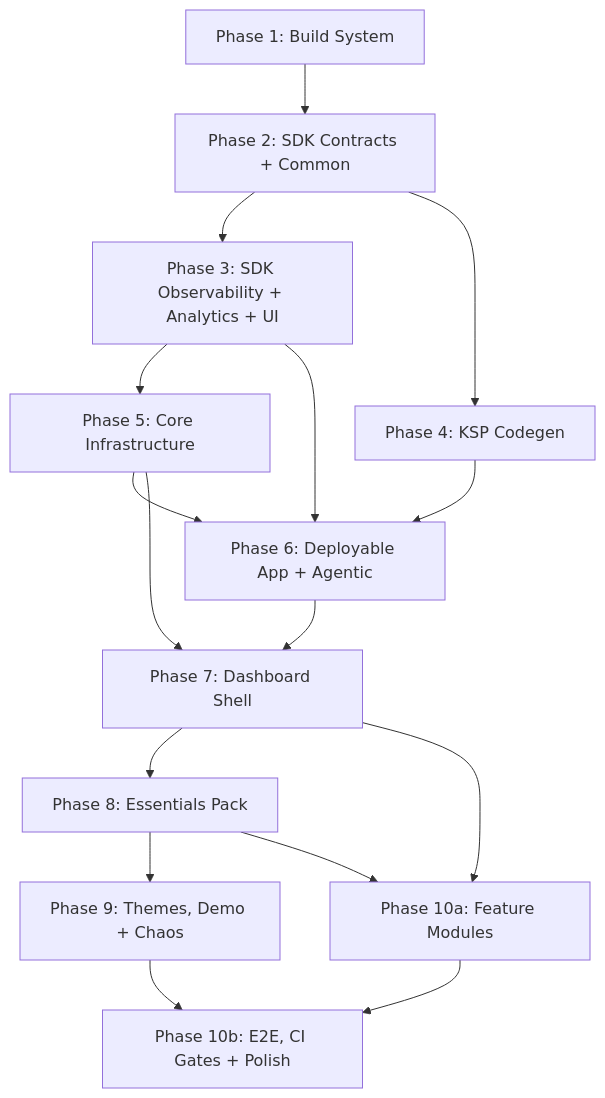
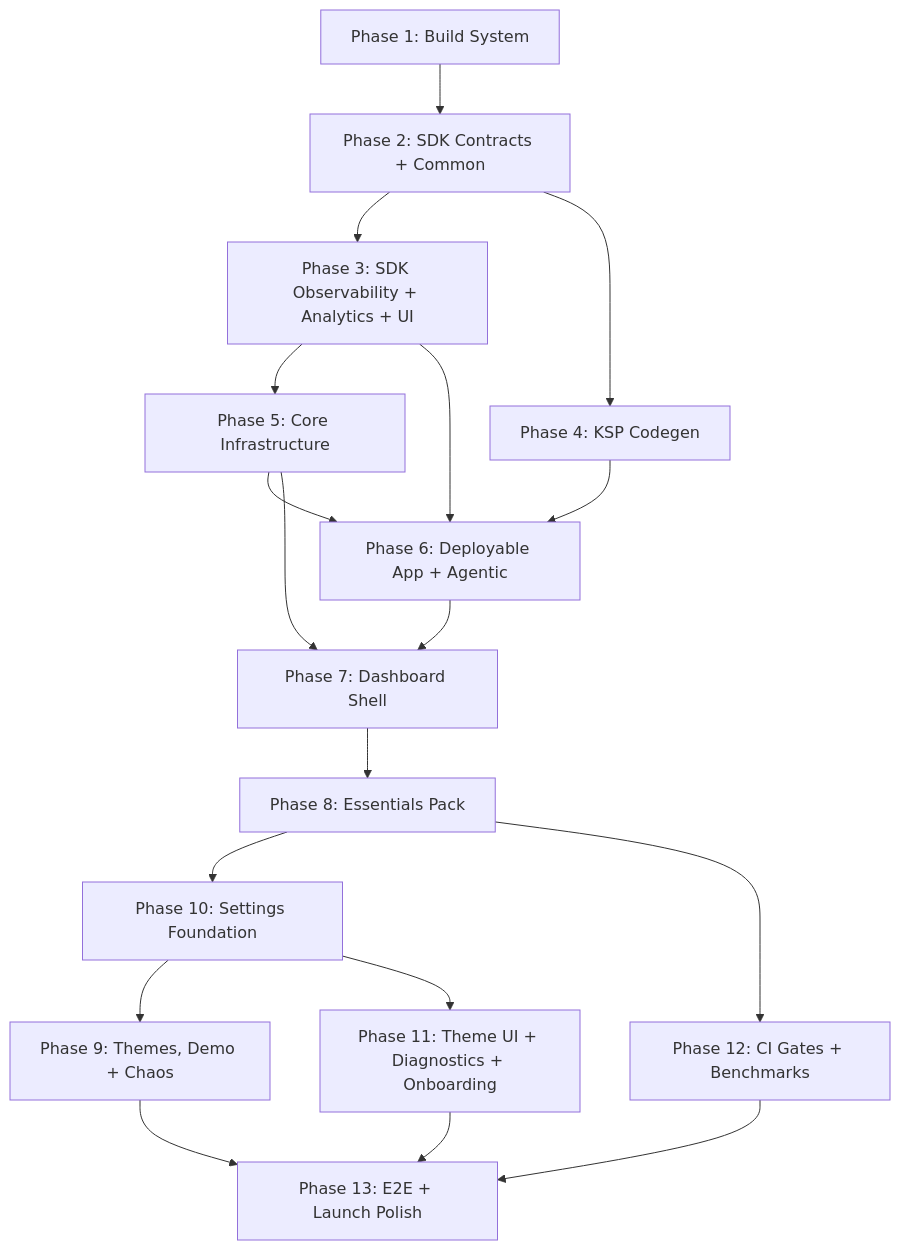
One commit to ohmgh/dqxn changed the diagram in .planning/ROADMAP.md. Above: the diagram before and after it, drawn with Mermaid. The commit also changed other lines of this file and 1 other file, not shown here.

````diff
--- a/.planning/ROADMAP.md
+++ b/.planning/ROADMAP.md
@@ -250,18 +294,20 @@
 ```mermaid
 graph TD
     P1[Phase 1: Build System] --> P2[Phase 2: SDK Contracts + Common]
     P2 --> P3[Phase 3: SDK Observability + Analytics + UI]
     P2 --> P4[Phase 4: KSP Codegen]
     P3 --> P5[Phase 5: Core Infrastructure]
     P3 --> P6[Phase 6: Deployable App + Agentic]
     P4 --> P6
     P5 --> P6
     P5 --> P7[Phase 7: Dashboard Shell]
     P6 --> P7
     P7 --> P8[Phase 8: Essentials Pack]
-    P8 --> P9[Phase 9: Themes, Demo + Chaos]
-    P7 --> P10a[Phase 10a: Feature Modules]
-    P8 --> P10a
-    P9 --> P10b[Phase 10b: E2E, CI Gates + Polish]
-    P10a --> P10b
+    P8 --> P10[Phase 10: Settings Foundation]
+    P8 --> P12[Phase 12: CI Gates + Benchmarks]
+    P10 --> P9[Phase 9: Themes, Demo + Chaos]
+    P10 --> P11[Phase 11: Theme UI + Diagnostics + Onboarding]
+    P9 --> P13[Phase 13: E2E + Launch Polish]
+    P11 --> P13
+    P12 --> P13
 ```
````
